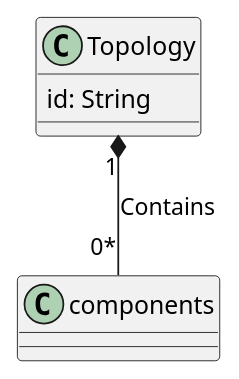
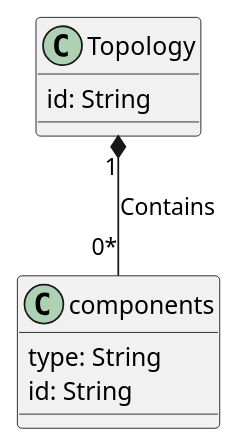
The diagram in classDiagram.puml (KarimElsayad247/MasterMicroTopologyAPI), drawn with PlantUML before and after one commit. The commit also changed 3 other files, not shown here.

```diff
--- a/classDiagram.puml
+++ b/classDiagram.puml
@@ -1,7 +1,10 @@
 @startuml
 class Topology {
     id: String
 }
-class components
+class components {
+    type: String
+    id: String
+}
 Topology "1" *-- "0*" components : Contains
 @enduml
```
